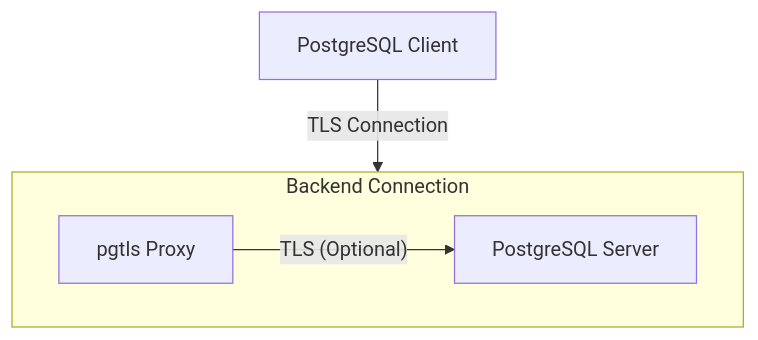
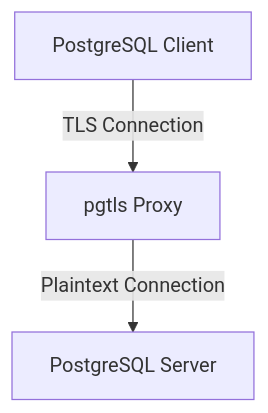
Before and after one commit to iberryful/pgtls: the diagram in README.md, drawn with Mermaid. The commit also changed other lines of this file and 12 other files, not shown here.

Commit message:
feat: cleanup tls backend

````diff
--- a/README.md
+++ b/README.md
@@ -22,9 +22,5 @@
 ```mermaid
 graph TD
     Client[PostgreSQL Client] -- "TLS Connection" --> PGTLS[pgtls Proxy]
-
-    subgraph "Backend Connection"
-        direction LR
-        PGTLS -- "TLS (Optional)" --> PGServer[PostgreSQL Server]
-    end
+    PGTLS -- "Plaintext Connection" --> PGServer[PostgreSQL Server]
 ```
````
